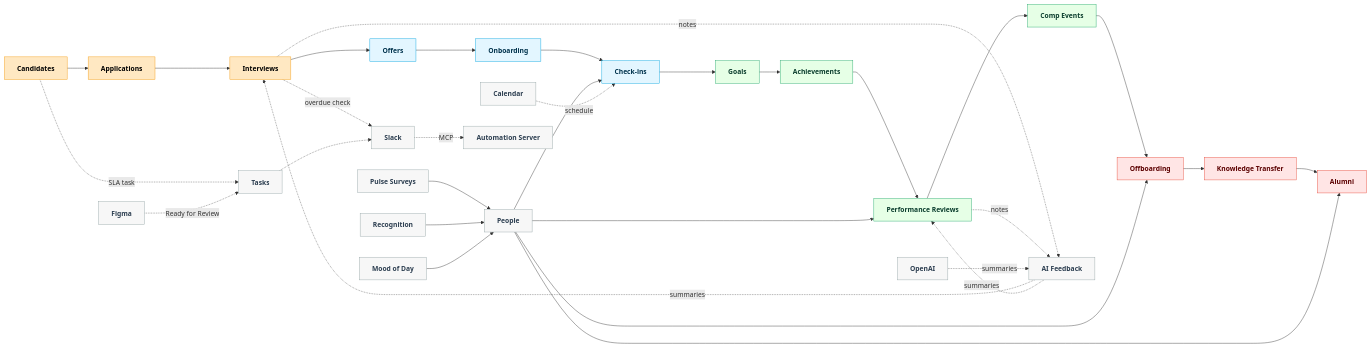
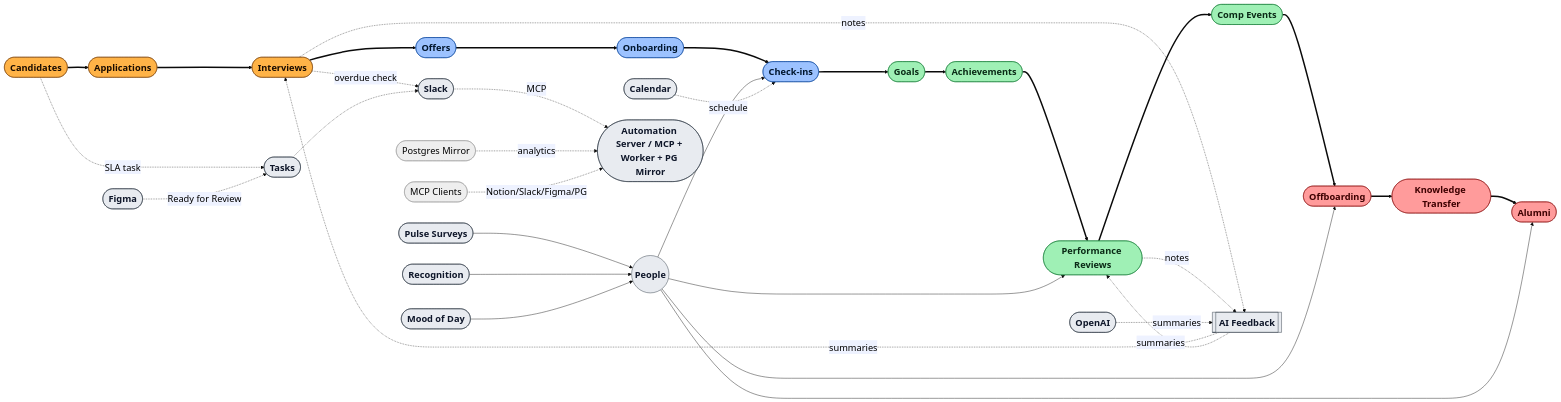
One commit to ujjavala/EchoHR changed the diagram in README.md. Above: the diagram before and after it, drawn with Mermaid. The commit also changed other lines of this file and 33 other files, not shown here.

````diff
--- a/README.md
+++ b/README.md
@@ -297,42 +352,35 @@
 ```mermaid
+%%{init: {'theme':'neutral', 'themeVariables': { 'fontSize': '22px', 'fontFamily': 'Inter, Segoe UI, sans-serif', 'primaryColor': '#0a0a0a', 'primaryTextColor':'#0a0a0a', 'primaryBorderColor':'#0a0a0a', 'lineColor':'#0a0a0a', 'tertiaryColor':'#eef2ff', 'strokeWidth': '3px', 'edgeLabelBackground':'#eef2ff'}}}%%
 flowchart LR
-    %% Lifecycle ribbon (left -> right)
-    C[Candidates] --> A[Applications] --> I[Interviews] --> O[Offers] --> J[Onboarding] --> CHK[Check-ins] --> G[Goals] --> ACH[Achievements] --> PR[Performance Reviews] --> CE[Comp Events] --> Off[Offboarding] --> KT[Knowledge Transfer] --> Alumni[Alumni]
-
-    %% Feedback/AI thread
-    I -. notes .-> Fbk[AI Feedback]
+    C([Candidates]) ==> A([Applications]) ==> I([Interviews]) ==> O([Offers]) ==> J([Onboarding]) ==> CHK([Check-ins]) ==> G([Goals]) ==> ACH([Achievements]) ==> PR([Performance Reviews]) ==> CE([Comp Events]) ==> Off([Offboarding]) ==> KT([Knowledge Transfer]) ==> Alumni([Alumni])
+    I -. notes .-> Fbk[[AI Feedback]]
     PR -. notes .-> Fbk
     Fbk -. summaries .-> I
     Fbk -. summaries .-> PR
-
-    %% Culture & pulse thread
-    Pulse[Pulse Surveys] --> People
-    Recog[Recognition] --> People
-    Mood[Mood of Day] --> People
+    Pulse([Pulse Surveys]) --> People((People))
+    Recog([Recognition]) --> People
+    Mood([Mood of Day]) --> People
     People --> CHK
     People --> PR
     People --> Off
     People --> Alumni
-
-    %% Automation & MCP touchpoints
-    C -. SLA task .-> T[Tasks]
-    I -. overdue check .-> Slack
+    C -. SLA task .-> T([Tasks])
+    I -. overdue check .-> Slack([Slack])
     T -.-> Slack
-    Figma -. Ready for Review .-> T
-    Calendar -. schedule .-> CHK
-    Slack -. MCP .-> Automation[Automation Server]
-    OpenAI -. summaries .-> Fbk
-
-    %% Styling
-    classDef hiring fill:#ffe8c2,stroke:#f39c12,color:#000,font-weight:bold;
-    classDef onboard fill:#e3f6ff,stroke:#00a3e0,color:#00334d,font-weight:bold;
-    classDef growth fill:#e6ffe6,stroke:#22a96a,color:#0a3d2d,font-weight:bold;
-    classDef exit fill:#ffe5e5,stroke:#e74c3c,color:#5c0000,font-weight:bold;
-    classDef infra fill:#f7f7f7,stroke:#95a5a6,color:#2c3e50,font-weight:bold;
-
+    Figma([Figma]) -. Ready for Review .-> T
+    Calendar([Calendar]) -. schedule .-> CHK
+    Slack -. MCP .-> Automation([Automation Server / MCP + Worker + PG Mirror])
+    OpenAI([OpenAI]) -. summaries .-> Fbk
+    Postgres([Postgres Mirror]) -. analytics .-> Automation
+    MCP([MCP Clients]) -. Notion/Slack/Figma/PG .-> Automation
+    classDef hiring fill:#ffb347,stroke:#7a3d00,color:#1a0c00,font-weight:bold;
+    classDef onboard fill:#9cc2ff,stroke:#003f99,color:#00162e,font-weight:bold;
+    classDef growth fill:#9ff0b5,stroke:#0f7a33,color:#0a2a16,font-weight:bold;
+    classDef exit fill:#ff9b9b,stroke:#8b0c0c,color:#3d0000,font-weight:bold;
+    classDef infra fill:#e8ebf0,stroke:#1f2937,color:#0f172a,font-weight:bold;
     class C,A,I hiring;
     class O,J,CHK onboard;
     class G,ACH,PR,CE growth;
     class Off,KT,Alumni exit;
     class People,T,Slack,Figma,Calendar,Automation,OpenAI,Fbk,Pulse,Recog,Mood infra;
 ```
````
